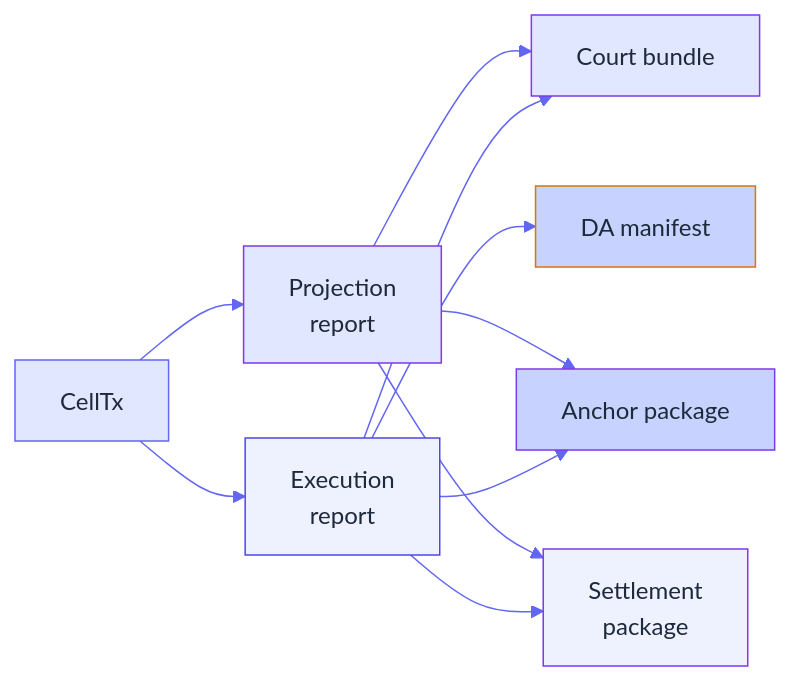
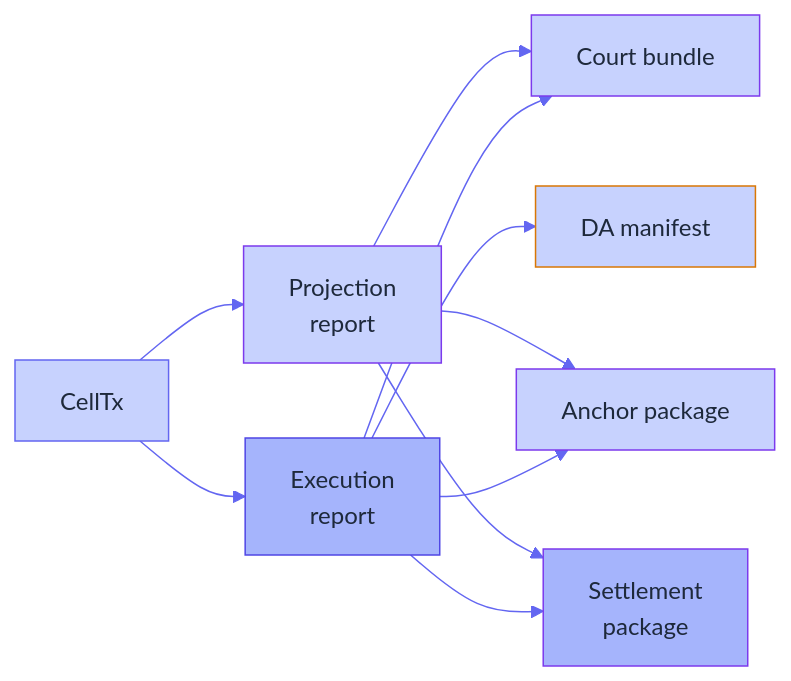
One commit to Myelin-Labs/Myelin changed the first of 2 diagrams in docs/security/evidence-paths.md. Above: the diagram before and after it, drawn with Mermaid. The commit also changed other lines of this file and 31 other files, not shown here.

````diff
--- a/docs/security/evidence-paths.md
+++ b/docs/security/evidence-paths.md
@@ -96,39 +96,39 @@
 ```mermaid
 %%{init: {
   "theme": "base",
   "themeVariables": {
-    "primaryColor": "#EEF2FF",
+    "primaryColor": "#A5B4FC",
     "primaryTextColor": "#1E293B",
     "primaryBorderColor": "#4F46E5",
     "lineColor": "#6366F1",
-    "secondaryColor": "#E0E7FF",
+    "secondaryColor": "#C7D2FE",
     "tertiaryColor": "#C7D2FE"
   }
 }}%%
 flowchart LR
     A["CellTx"]:::in
     B["Execution<br/>report"]:::exec
     C["Projection<br/>report"]:::proj
     D["DA manifest"]:::da
     E["Court bundle"]:::court
     F["Anchor package"]:::anchor
     G["Settlement<br/>package"]:::settle
 
     A --> B
     A --> C
     B --> E
     C --> E
     B --> F
     C --> F
     B --> G
     C --> G
     B --> D
 
-    classDef in    fill:#E0E7FF,stroke:#6366F1,color:#1E293B;
-    classDef exec  fill:#EEF2FF,stroke:#4F46E5,color:#1E293B;
-    classDef proj  fill:#E0E7FF,stroke:#7C3AED,color:#1E293B;
+    classDef in    fill:#C7D2FE,stroke:#6366F1,color:#1E293B;
+    classDef exec  fill:#A5B4FC,stroke:#4F46E5,color:#1E293B;
+    classDef proj  fill:#C7D2FE,stroke:#7C3AED,color:#1E293B;
     classDef da    fill:#C7D2FE,stroke:#D97706,color:#1E293B;
-    classDef court fill:#E0E7FF,stroke:#7C3AED,color:#1E293B;
+    classDef court fill:#C7D2FE,stroke:#7C3AED,color:#1E293B;
     classDef anchor fill:#C7D2FE,stroke:#7C3AED,color:#1E293B;
-    classDef settle fill:#EEF2FF,stroke:#7C3AED,color:#1E293B;
+    classDef settle fill:#A5B4FC,stroke:#7C3AED,color:#1E293B;
 ```
````
